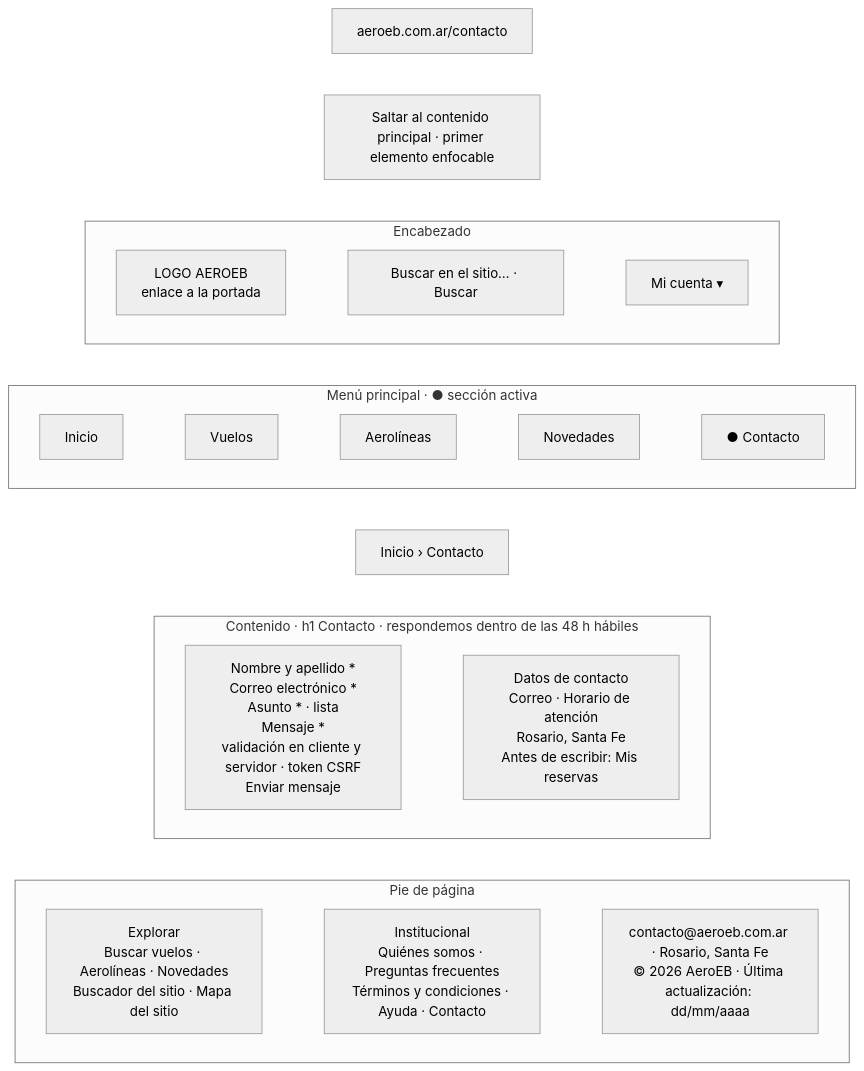
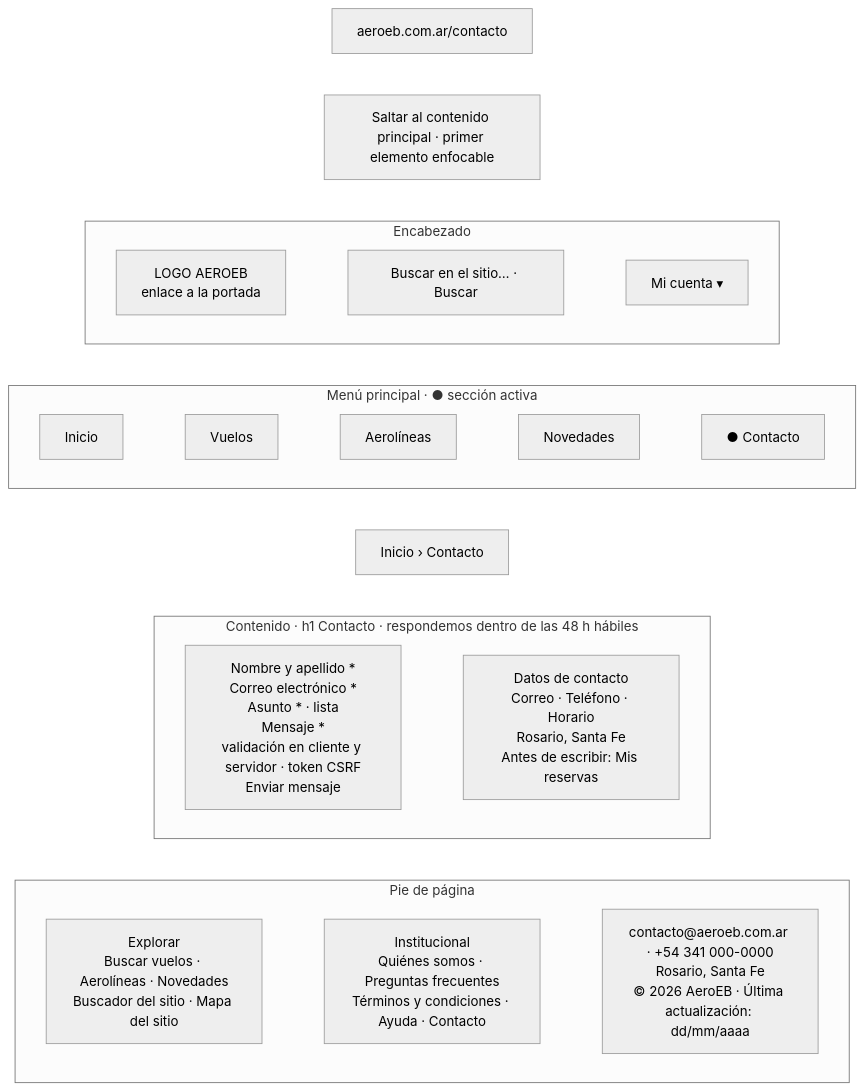
Before and after one commit to tizimessina/entornos-graficos-messina-costantini-burgos-beccaria: diagram 11 of 12 in docs/bocetos/01-wireframes/README.md, drawn with Mermaid. The commit also changed other lines of this file and 16 other files, not shown here.

First line of the commit message:
feat(ui): agrega un teléfono de contacto de muestra

````diff
--- a/docs/bocetos/01-wireframes/README.md
+++ b/docs/bocetos/01-wireframes/README.md
@@ -401,24 +401,24 @@
 ```mermaid
 %%{init: {'theme': 'neutral'}}%%
 flowchart TB
     url["aeroeb.com.ar/contacto"]
     salto["Saltar al contenido principal · primer elemento enfocable"]
     subgraph enc["Encabezado"]
         direction LR
         logo["LOGO AEROEB<br/>enlace a la portada"] ~~~ buscador["Buscar en el sitio… · Buscar"] ~~~ cuenta["Mi cuenta ▾"]
     end
     subgraph menu["Menú principal · ● sección activa"]
         direction LR
         m0["Inicio"] ~~~ m1["Vuelos"] ~~~ m2["Aerolíneas"] ~~~ m3["Novedades"] ~~~ m4["● Contacto"]
     end
     migas["Inicio › Contacto"]
     subgraph cont["Contenido · h1 Contacto · respondemos dentro de las 48 h hábiles"]
         direction LR
-        form["Nombre y apellido *<br/>Correo electrónico *<br/>Asunto * · lista<br/>Mensaje *<br/>validación en cliente y servidor · token CSRF<br/>Enviar mensaje"] ~~~ datos["Datos de contacto<br/>Correo · Horario de atención<br/>Rosario, Santa Fe<br/>Antes de escribir: Mis reservas"]
+        form["Nombre y apellido *<br/>Correo electrónico *<br/>Asunto * · lista<br/>Mensaje *<br/>validación en cliente y servidor · token CSRF<br/>Enviar mensaje"] ~~~ datos["Datos de contacto<br/>Correo · Teléfono · Horario<br/>Rosario, Santa Fe<br/>Antes de escribir: Mis reservas"]
     end
     subgraph pie["Pie de página"]
         direction LR
-        explorar["Explorar<br/>Buscar vuelos · Aerolíneas · Novedades<br/>Buscador del sitio · Mapa del sitio"] ~~~ institucional["Institucional<br/>Quiénes somos · Preguntas frecuentes<br/>Términos y condiciones · Ayuda · Contacto"] ~~~ legal["contacto@aeroeb.com.ar · Rosario, Santa Fe<br/>© 2026 AeroEB · Última actualización: dd/mm/aaaa"]
+        explorar["Explorar<br/>Buscar vuelos · Aerolíneas · Novedades<br/>Buscador del sitio · Mapa del sitio"] ~~~ institucional["Institucional<br/>Quiénes somos · Preguntas frecuentes<br/>Términos y condiciones · Ayuda · Contacto"] ~~~ legal["contacto@aeroeb.com.ar · +54 341 000-0000<br/>Rosario, Santa Fe<br/>© 2026 AeroEB · Última actualización: dd/mm/aaaa"]
     end
     url ~~~ salto ~~~ enc ~~~ menu ~~~ migas ~~~ cont ~~~ pie
 ```
````
